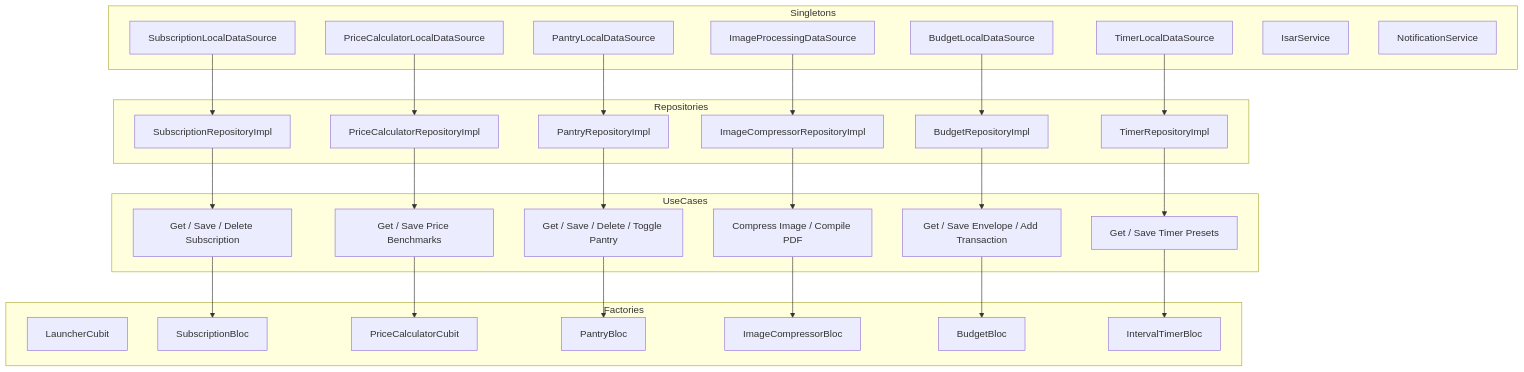
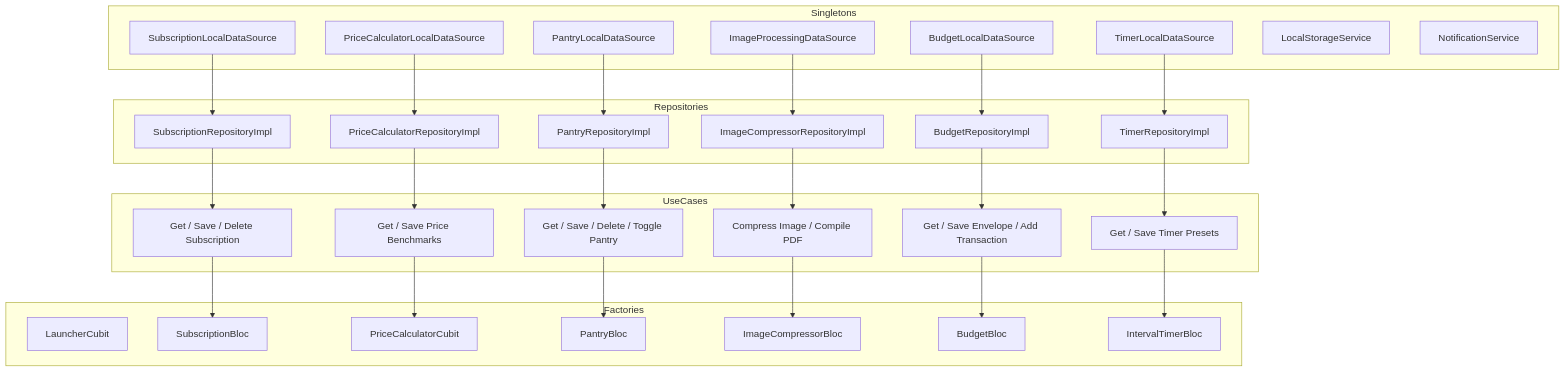
Before and after one commit to abusayembd/dailyPouch: the first of 2 diagrams in docs/PROJECT_MAP.md, drawn with Mermaid. The commit also changed other lines of this file and 67 other files, not shown here.

````diff
--- a/docs/PROJECT_MAP.md
+++ b/docs/PROJECT_MAP.md
@@ -288,48 +290,48 @@
 ```mermaid
 graph TD
   subgraph Singletons
     DS1[SubscriptionLocalDataSource]
     DS2[PriceCalculatorLocalDataSource]
     DS3[PantryLocalDataSource]
     DS4[ImageProcessingDataSource]
     DS5[BudgetLocalDataSource]
     DS6[TimerLocalDataSource]
-    Core1[IsarService]
+    Core1[LocalStorageService]
     Core2[NotificationService]
   end
 
   subgraph Repositories
     R1[SubscriptionRepositoryImpl]
     R2[PriceCalculatorRepositoryImpl]
     R3[PantryRepositoryImpl]
     R4[ImageCompressorRepositoryImpl]
     R5[BudgetRepositoryImpl]
     R6[TimerRepositoryImpl]
   end
 
   subgraph UseCases
     UC1[Get / Save / Delete Subscription]
     UC2[Get / Save Price Benchmarks]
     UC3[Get / Save / Delete / Toggle Pantry]
     UC4[Compress Image / Compile PDF]
     UC5[Get / Save Envelope / Add Transaction]
     UC6[Get / Save Timer Presets]
   end
 
   subgraph Factories
     B0[LauncherCubit]
     B1[SubscriptionBloc]
     B2[PriceCalculatorCubit]
     B3[PantryBloc]
     B4[ImageCompressorBloc]
     B5[BudgetBloc]
     B6[IntervalTimerBloc]
   end
 
   DS1 --> R1 --> UC1 --> B1
   DS2 --> R2 --> UC2 --> B2
   DS3 --> R3 --> UC3 --> B3
   DS4 --> R4 --> UC4 --> B4
   DS5 --> R5 --> UC5 --> B5
   DS6 --> R6 --> UC6 --> B6
 ```
````
